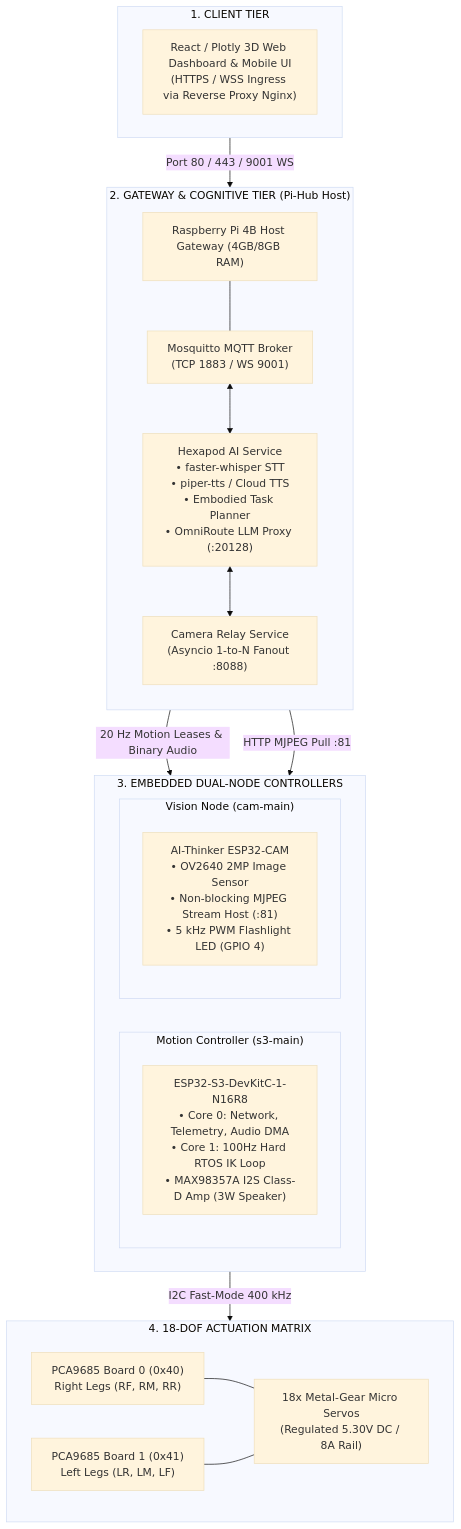
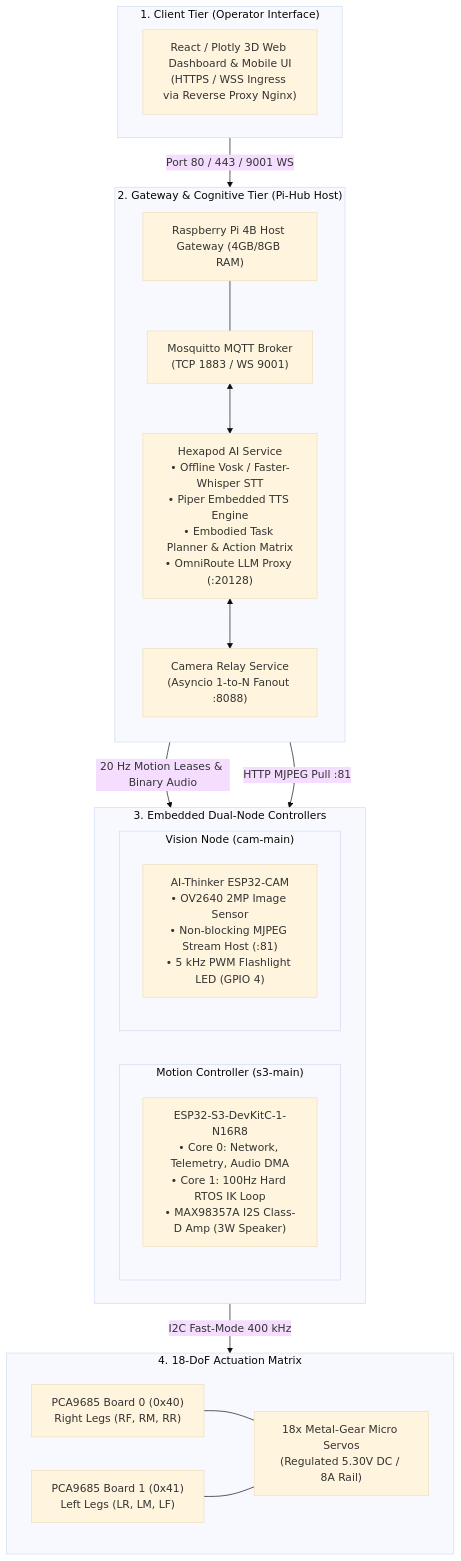
The first of 3 diagrams in src/content/docs/01-system-overview.md (GrrGrrMan/spider-blog), drawn with Mermaid (base theme) before and after one commit. The commit also changed other lines of this file and 39 other files, not shown here.

````diff
--- a/src/content/docs/01-system-overview.md
+++ b/src/content/docs/01-system-overview.md
@@ -13,42 +13,42 @@
 ```mermaid
 flowchart TD
-    subgraph Tier1 ["1. CLIENT TIER"]
+    subgraph Tier1 ["1. Client Tier (Operator Interface)"]
         UI["React / Plotly 3D Web Dashboard & Mobile UI<br/>(HTTPS / WSS Ingress via Reverse Proxy Nginx)"]
     end
 
-    subgraph Tier2 ["2. GATEWAY & COGNITIVE TIER (Pi-Hub Host)"]
+    subgraph Tier2 ["2. Gateway & Cognitive Tier (Pi-Hub Host)"]
         direction TB
         PI_HOST["Raspberry Pi 4B Host Gateway (4GB/8GB RAM)"]
         MQTT["Mosquitto MQTT Broker<br/>(TCP 1883 / WS 9001)"]
-        AI_SVC["Hexapod AI Service<br/>• faster-whisper STT<br/>• piper-tts / Cloud TTS<br/>• Embodied Task Planner<br/>• OmniRoute LLM Proxy (:20128)"]
+        AI_SVC["Hexapod AI Service<br/>• Offline Vosk / Faster-Whisper STT<br/>• Piper Embedded TTS Engine<br/>• Embodied Task Planner & Action Matrix<br/>• OmniRoute LLM Proxy (:20128)"]
         CAM_RELAY["Camera Relay Service<br/>(Asyncio 1-to-N Fanout :8088)"]
         
         PI_HOST --- MQTT
         MQTT <--> AI_SVC
         AI_SVC <--> CAM_RELAY
     end
 
-    subgraph Tier3 ["3. EMBEDDED DUAL-NODE CONTROLLERS"]
+    subgraph Tier3 ["3. Embedded Dual-Node Controllers"]
         direction LR
         subgraph S3_Box ["Motion Controller (s3-main)"]
             S3["ESP32-S3-DevKitC-1-N16R8<br/>• Core 0: Network, Telemetry, Audio DMA<br/>• Core 1: 100Hz Hard RTOS IK Loop<br/>• MAX98357A I2S Class-D Amp (3W Speaker)"]
         end
         subgraph CAM_Box ["Vision Node (cam-main)"]
             CAM["AI-Thinker ESP32-CAM<br/>• OV2640 2MP Image Sensor<br/>• Non-blocking MJPEG Stream Host (:81)<br/>• 5 kHz PWM Flashlight LED (GPIO 4)"]
         end
     end
 
-    subgraph Tier4 ["4. 18-DOF ACTUATION MATRIX"]
+    subgraph Tier4 ["4. 18-DoF Actuation Matrix"]
         direction LR
         PCA0["PCA9685 Board 0 (0x40)<br/>Right Legs (RF, RM, RR)"]
         PCA1["PCA9685 Board 1 (0x41)<br/>Left Legs (LR, LM, LF)"]
         SERVOS["18x Metal-Gear Micro Servos<br/>(Regulated 5.30V DC / 8A Rail)"]
         PCA0 --- SERVOS
         PCA1 --- SERVOS
     end
 
     Tier1 -->|Port 80 / 443 / 9001 WS| Tier2
     MQTT -->|20 Hz Motion Leases & Binary Audio| S3_Box
     CAM_RELAY -->|HTTP MJPEG Pull :81| CAM_Box
     S3_Box -->|I2C Fast-Mode 400 kHz| Tier4
 ```
````
